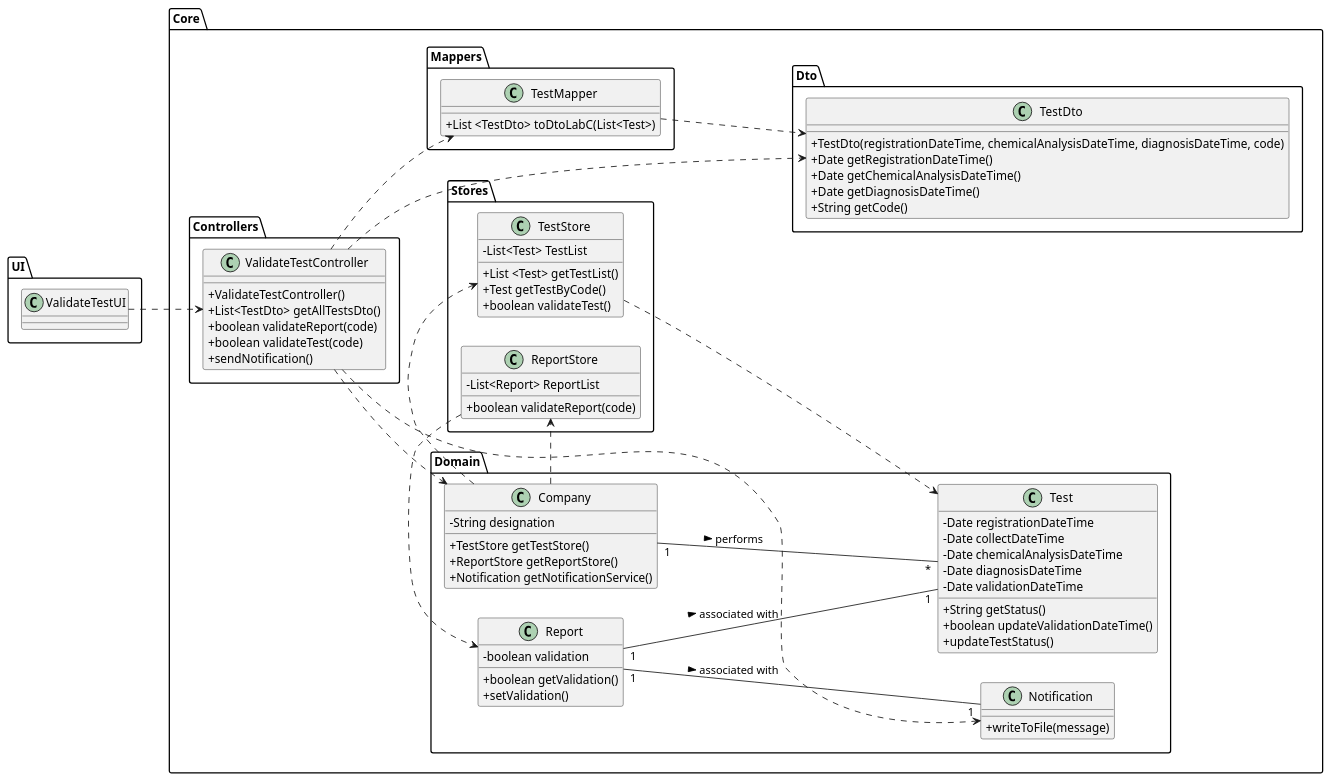
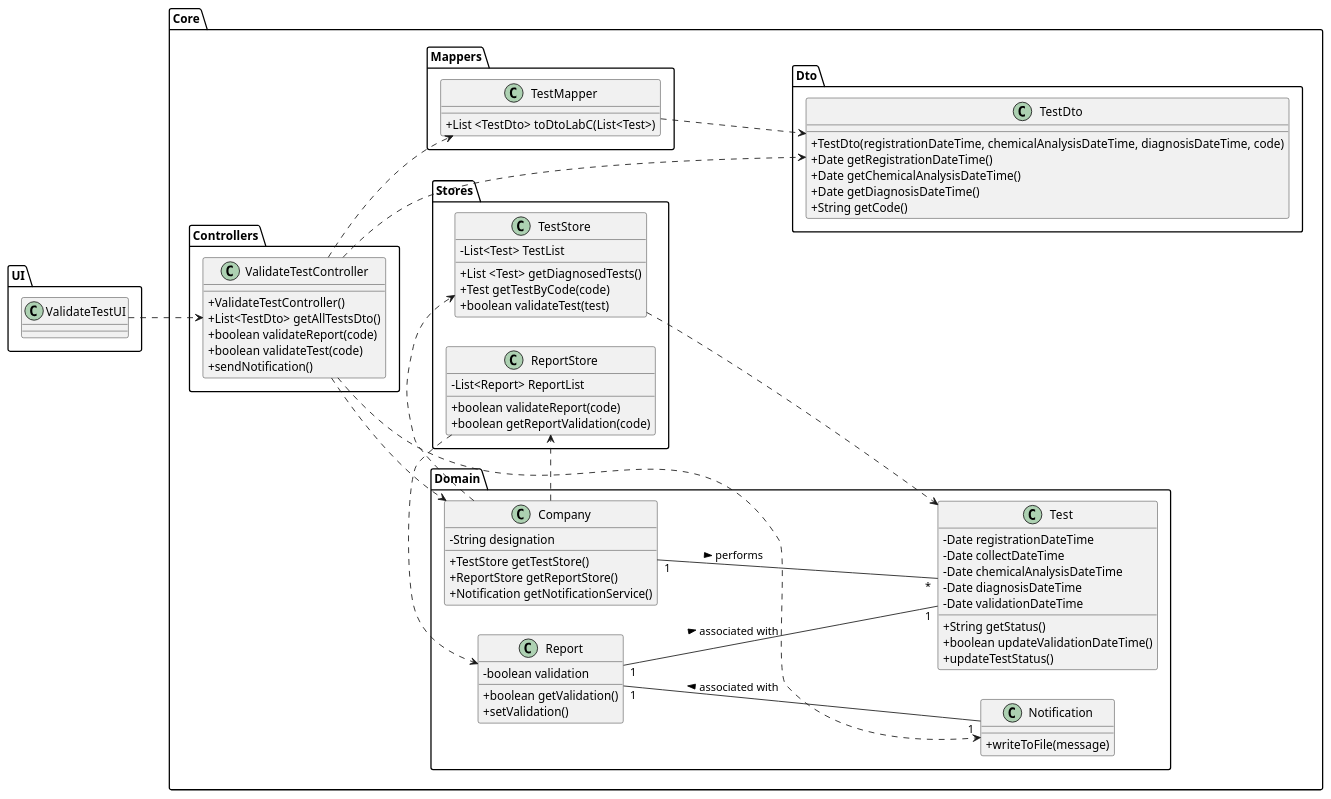
Before and after one commit to 0franciscor/lei-21-s2-1de-g19: the diagram in docs/SprintC/US15/US15-CD.puml, drawn with PlantUML. The commit also changed 8 other files, not shown here.

```diff
--- a/docs/SprintC/US15/US15-CD.puml
+++ b/docs/SprintC/US15/US15-CD.puml
@@ -1,111 +1,113 @@
 @startuml
 skinparam classAttributeIconSize 0
 left to right direction
 
 package Core{
 
 package Domain{
 class "Company" as C {
 -String designation
 +TestStore getTestStore()
 +ReportStore getReportStore()
 +Notification getNotificationService()
 }
 
 class "Test" as T {
 -Date registrationDateTime
 -Date collectDateTime
 -Date chemicalAnalysisDateTime
 -Date diagnosisDateTime
 -Date validationDateTime
 +String getStatus()
 +boolean updateValidationDateTime()
 +updateTestStatus()
 }
 
 class "Report" as R{
 -boolean validation
 +boolean getValidation()
 +setValidation()
 }
 
 class "Notification" as N{
 + writeToFile(message)
 }
 
 }
 
 package Stores{
 class "TestStore" as TS{
 -List<Test> TestList
-+List <Test> getTestList()
-+Test getTestByCode()
-+boolean validateTest()
++List <Test> getDiagnosedTests()
++Test getTestByCode(code)
++boolean validateTest(test)
 }
 
 class "ReportStore" as RS{
 -List<Report> ReportList
 +boolean validateReport(code)
++boolean getReportValidation(code)
 }
+
 }
 
 package Controllers{
 class "ValidateTestController" as VTC {
 +ValidateTestController()
 +List<TestDto> getAllTestsDto()
 +boolean validateReport(code)
 +boolean validateTest(code)
 +sendNotification()
 }
 
 
 
 
 
 }
 
 package Mappers{
 class "TestMapper" as tM{
 +List <TestDto> toDtoLabC(List<Test>)
 }
 
 }
 
 
 package Dto{
 class "TestDto" as tDto{
 +TestDto(registrationDateTime, chemicalAnalysisDateTime, diagnosisDateTime, code)
 +Date getRegistrationDateTime()
 +Date getChemicalAnalysisDateTime()
 +Date getDiagnosisDateTime()
 +String getCode()
 }
 
 
 
 }
 
 }
 package UI{
 class "ValidateTestUI" as VTUI
 }
 
 VTUI ..> VTC
 
 C ..> TS
 C ..> RS
 VTC ..> C
 VTC ..> tM
 VTC ..> tDto
 VTC ..> N
 
 TS ..> T
 tM ..> tDto
 
 C "1" -- "*" T : > performs
 
 RS ..> R
 R "1" -- "1" T : > associated with
-R "1" -- "1" N : > associated with
+R "1" -- "1" N : < associated with
 
 @enduml
```
